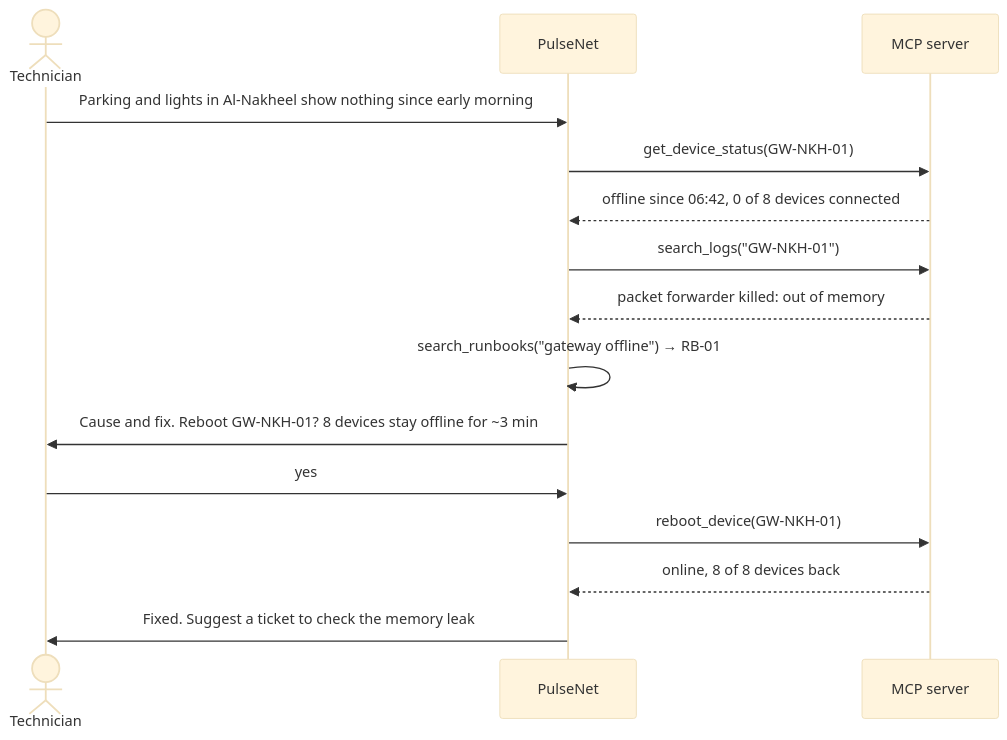
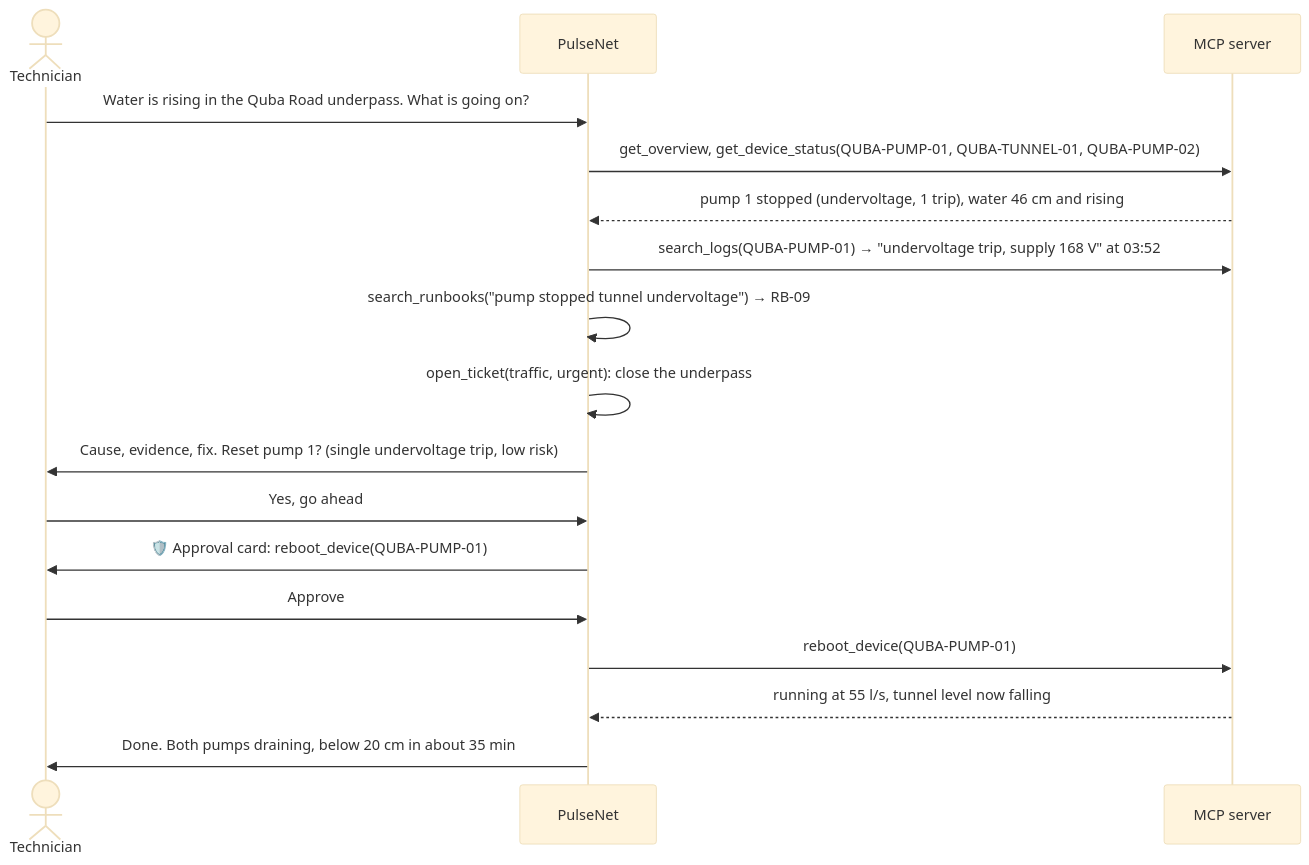
One commit to ElafQattan/pulseNet_agents changed the second of 2 diagrams in README.md. Above: the diagram before and after it, drawn with Mermaid (base theme). The commit also changed other lines of this file and 25 other files, not shown here.

````diff
--- a/README.md
+++ b/README.md
@@ -118,17 +137,19 @@
 ```mermaid
 sequenceDiagram
     actor T as Technician
     participant A as PulseNet
     participant M as MCP server
-    T->>A: Parking and lights in Al-Nakheel show nothing since early morning
-    A->>M: get_device_status(GW-NKH-01)
-    M-->>A: offline since 06:42, 0 of 8 devices connected
-    A->>M: search_logs("GW-NKH-01")
-    M-->>A: packet forwarder killed: out of memory
-    A->>A: search_runbooks("gateway offline") → RB-01
-    A->>T: Cause and fix. Reboot GW-NKH-01? 8 devices stay offline for ~3 min
-    T->>A: yes
-    A->>M: reboot_device(GW-NKH-01)
-    M-->>A: online, 8 of 8 devices back
-    A->>T: Fixed. Suggest a ticket to check the memory leak
+    T->>A: Water is rising in the Quba Road underpass. What is going on?
+    A->>M: get_overview, get_device_status(QUBA-PUMP-01, QUBA-TUNNEL-01, QUBA-PUMP-02)
+    M-->>A: pump 1 stopped (undervoltage, 1 trip), water 46 cm and rising
+    A->>M: search_logs(QUBA-PUMP-01) → "undervoltage trip, supply 168 V" at 03:52
+    A->>A: search_runbooks("pump stopped tunnel undervoltage") → RB-09
+    A->>A: open_ticket(traffic, urgent): close the underpass
+    A->>T: Cause, evidence, fix. Reset pump 1? (single undervoltage trip, low risk)
+    T->>A: Yes, go ahead
+    A->>T: 🛡️ Approval card: reboot_device(QUBA-PUMP-01)
+    T->>A: Approve
+    A->>M: reboot_device(QUBA-PUMP-01)
+    M-->>A: running at 55 l/s, tunnel level now falling
+    A->>T: Done. Both pumps draining, below 20 cm in about 35 min
 ```
````
